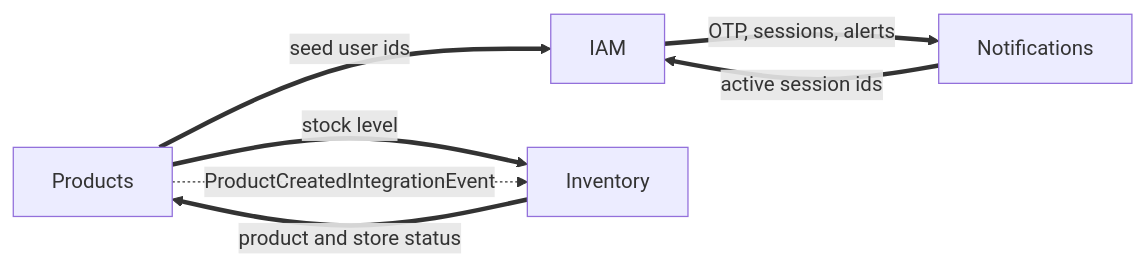
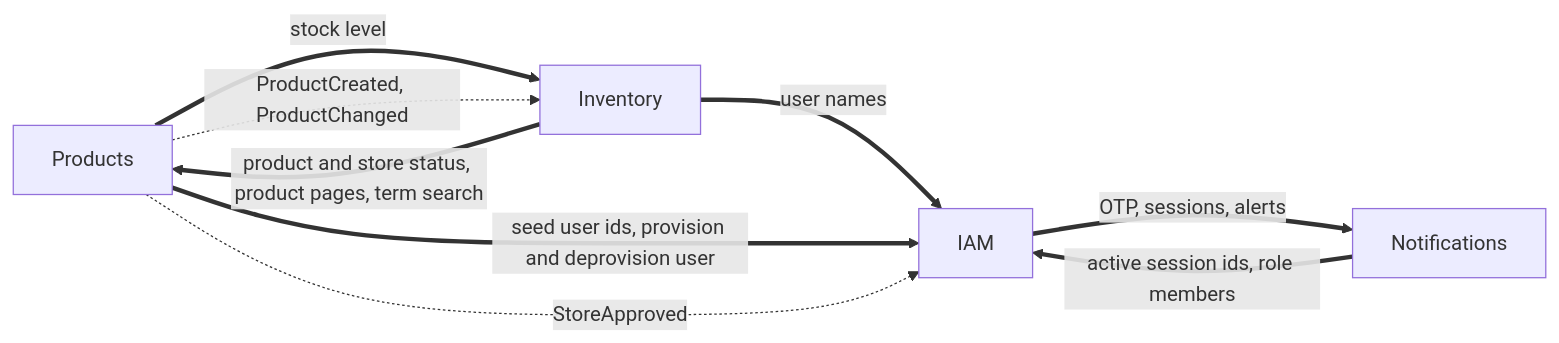
Before and after one commit to baranacikgoz/modular-monolith-ddd-vsa-webapi: the diagram in docs/modules.md, drawn with Mermaid. The commit also changed other lines of this file and 1 other file, not shown here.

````diff
--- a/docs/modules.md
+++ b/docs/modules.md
@@ -22,9 +22,11 @@
 ```mermaid
 flowchart LR
     IAM ==>|"OTP, sessions, alerts"| NTF[Notifications]
-    NTF ==>|"active session ids"| IAM
+    NTF ==>|"active session ids, role members"| IAM
     PRD[Products] ==>|"stock level"| INV[Inventory]
-    INV ==>|"product and store status"| PRD
-    PRD -.->|"ProductCreatedIntegrationEvent"| INV
-    PRD ==>|"seed user ids"| IAM
+    INV ==>|"product and store status, product pages, term search"| PRD
+    INV ==>|"user names"| IAM
+    PRD ==>|"seed user ids, provision and deprovision user"| IAM
+    PRD -.->|"ProductCreated, ProductChanged"| INV
+    PRD -.->|"StoreApproved"| IAM
 ```
````
